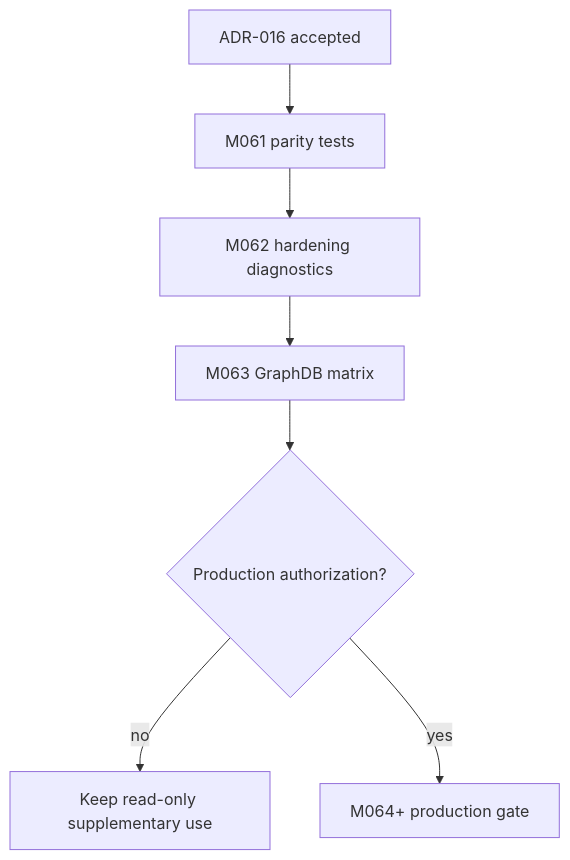
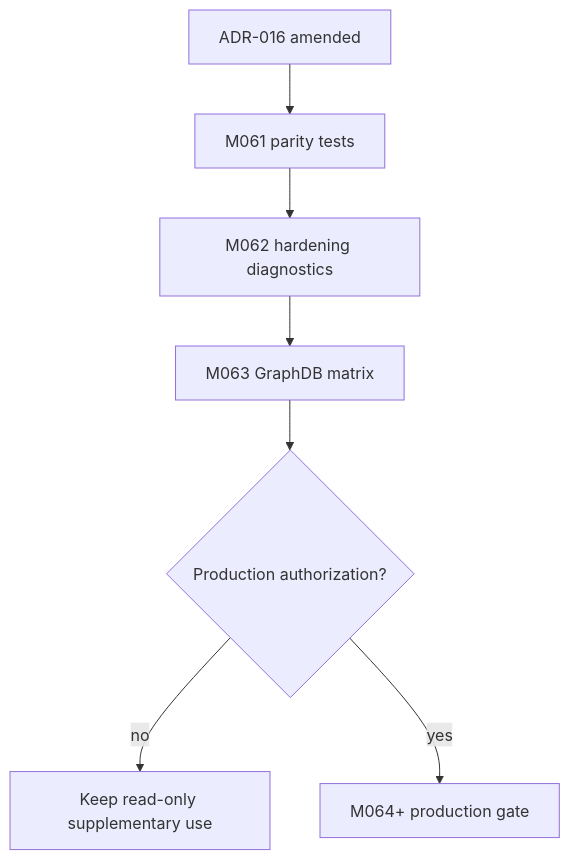
One commit to rager306/daily-archive changed the sixth of 6 diagrams in doc/adr/ADR-016-graph-library-selection.md. Above: the diagram before and after it, drawn with Mermaid. The commit also changed other lines of this file and 8 other files, not shown here.

````diff
--- a/doc/adr/ADR-016-graph-library-selection.md
+++ b/doc/adr/ADR-016-graph-library-selection.md
@@ -368,9 +419,9 @@
 ```mermaid
 flowchart TD
-    A[ADR-016 accepted] --> B[M061 parity tests]
+    A[ADR-016 amended] --> B[M061 parity tests]
     B --> C[M062 hardening diagnostics]
     C --> D[M063 GraphDB matrix]
     D --> E{Production authorization?}
     E -- no --> F[Keep read-only supplementary use]
     E -- yes --> G[M064+ production gate]
 ```
````
